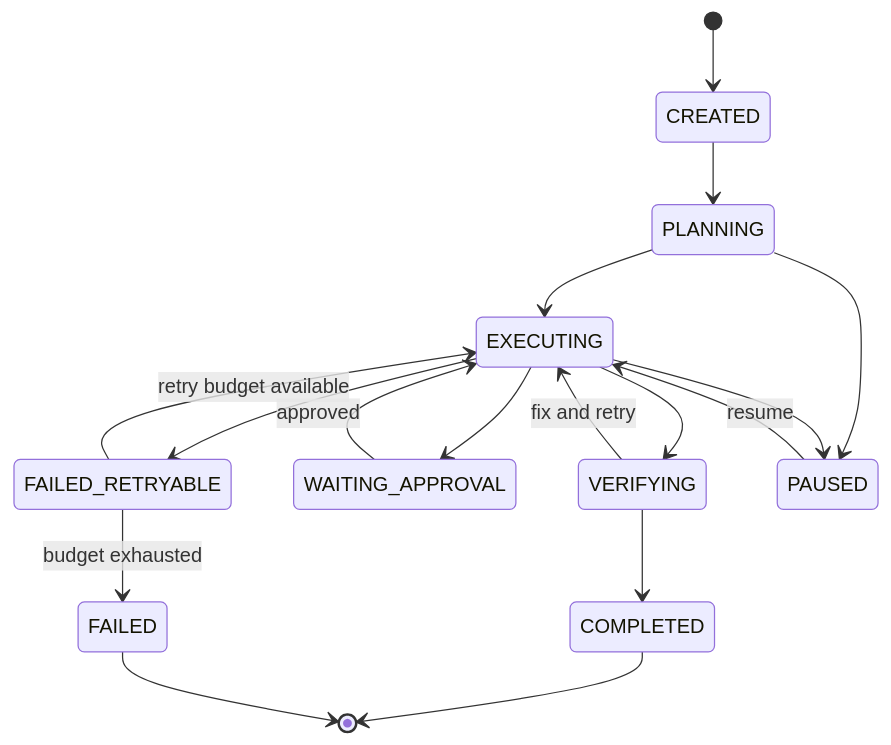
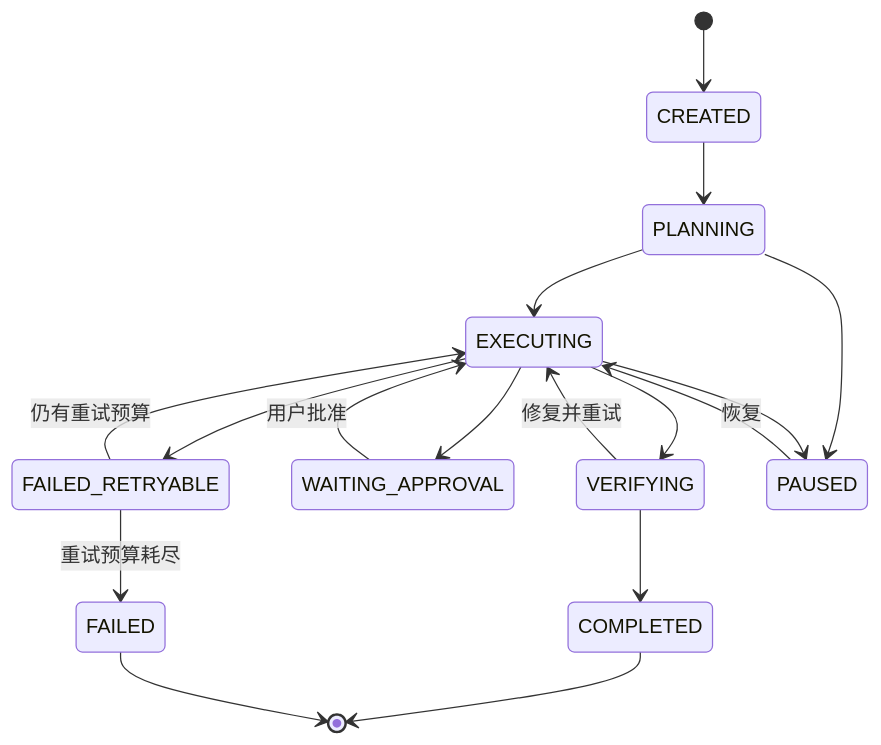
Before and after one commit to This-Liao/CodeFlow: the diagram in README.md, drawn with Mermaid. The commit also changed other lines of this file, not shown here.

````diff
--- a/README.md
+++ b/README.md
@@ -39,19 +39,19 @@
 ```mermaid
 stateDiagram-v2
     [*] --> CREATED
     CREATED --> PLANNING
     PLANNING --> EXECUTING
     EXECUTING --> VERIFYING
     EXECUTING --> WAITING_APPROVAL
     EXECUTING --> FAILED_RETRYABLE
-    VERIFYING --> EXECUTING: fix and retry
+    VERIFYING --> EXECUTING: 修复并重试
     VERIFYING --> COMPLETED
-    FAILED_RETRYABLE --> EXECUTING: retry budget available
-    WAITING_APPROVAL --> EXECUTING: approved
+    FAILED_RETRYABLE --> EXECUTING: 仍有重试预算
+    WAITING_APPROVAL --> EXECUTING: 用户批准
     PLANNING --> PAUSED
     EXECUTING --> PAUSED
-    PAUSED --> EXECUTING: resume
-    FAILED_RETRYABLE --> FAILED: budget exhausted
+    PAUSED --> EXECUTING: 恢复
+    FAILED_RETRYABLE --> FAILED: 重试预算耗尽
     COMPLETED --> [*]
     FAILED --> [*]
 ```
````
